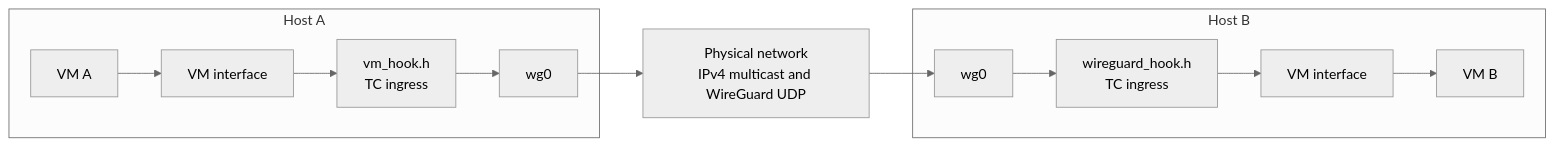
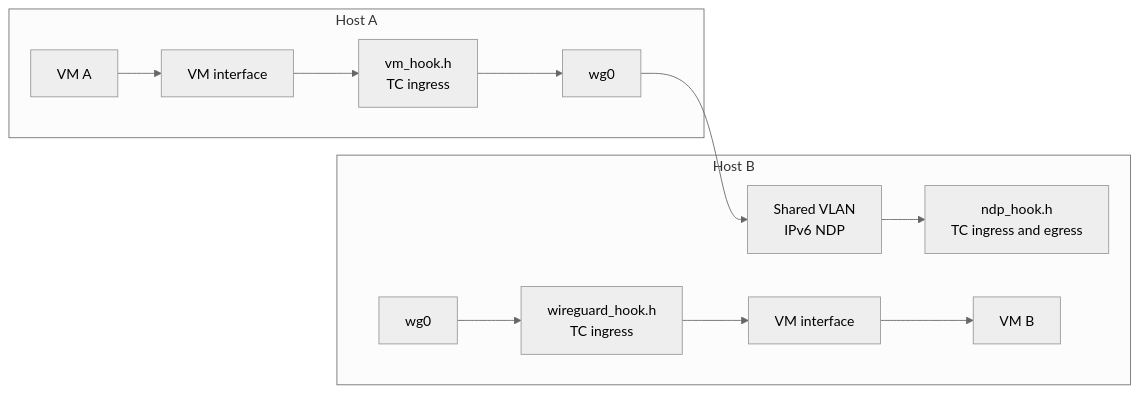
One commit to 20vikash/atlas changed the first of 5 diagrams in services/wg-mesh/docs/design.md. Above: the diagram before and after it, drawn with Mermaid (neutral theme). The commit also changed other lines of this file and 3 other files, not shown here.

Commit message:
docs(wg-mesh): Describe the NDP architecture

````diff
--- a/services/wg-mesh/docs/design.md
+++ b/services/wg-mesh/docs/design.md
@@ -67,22 +91,24 @@
 ```mermaid
 flowchart LR
     subgraph Host_A["Host A"]
         VM_A[VM A]
         INTERFACE_A[VM interface]
         VM_HOOK["vm_hook.h<br/>TC ingress"]
         WG_A[wg0]
         VM_A --> INTERFACE_A --> VM_HOOK --> WG_A
     end
 
-    UNDERLAY["Physical network<br/>IPv4 multicast and WireGuard UDP"]
+    VLAN["Shared VLAN<br/>IPv6 NDP"]
 
     subgraph Host_B["Host B"]
         WG_B[wg0]
         WG_HOOK["wireguard_hook.h<br/>TC ingress"]
+        NDP_HOOK["ndp_hook.h<br/>TC ingress and egress"]
         INTERFACE_B[VM interface]
         VM_B[VM B]
         WG_B --> WG_HOOK --> INTERFACE_B --> VM_B
+        VLAN --> NDP_HOOK
     end
 
-    WG_A --> UNDERLAY --> WG_B
+    WG_A --> VLAN
 ```
````
